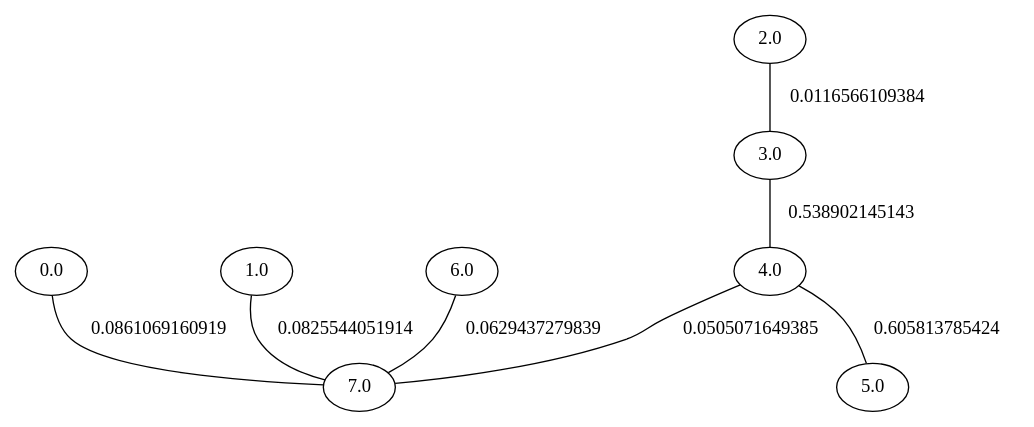
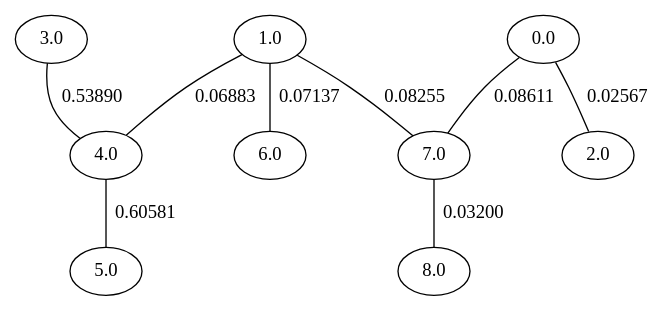
Before and after one commit to TjlHope/IDAPI: the diagram in coursework/span.dot, drawn with Graphviz. The commit also changed 5 other files, not shown here.

```diff
--- a/coursework/span.dot
+++ b/coursework/span.dot
@@ -1,1 +1,1 @@
-graph span{    4.0 -- 5.0 [label=0.605813785424]    3.0 -- 4.0 [label=0.538902145143]    0.0 -- 7.0 [label=0.0861069160919]    1.0 -- 7.0 [label=0.0825544051914]    6.0 -- 7.0 [label=0.0629437279839]    4.0 -- 7.0 [label=0.0505071649385]    2.0 -- 3.0 [label=0.0116566109384]}
+graph span{    4.0 -- 5.0 [label=0.60581]    3.0 -- 4.0 [label=0.53890]    0.0 -- 7.0 [label=0.08611]    1.0 -- 7.0 [label=0.08255]    1.0 -- 6.0 [label=0.07137]    1.0 -- 4.0 [label=0.06883]    7.0 -- 8.0 [label=0.03200]    0.0 -- 2.0 [label=0.02567]}
```
